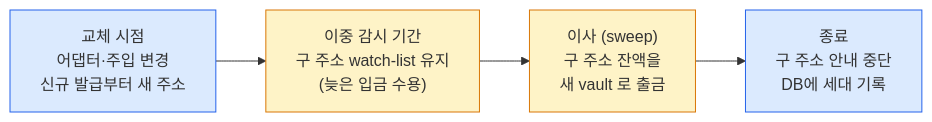
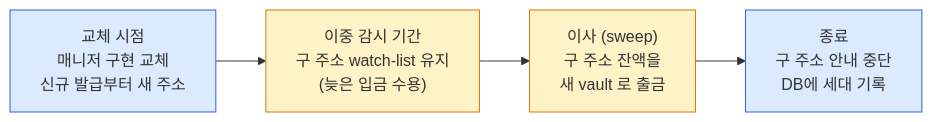
One commit to eunsujeo/eunpus changed the second of 4 diagrams in blockchain-manager/docs/설계/09-switch-extend.md. Above: the diagram before and after it, drawn with Mermaid. The commit also changed other lines of this file and 10 other files, not shown here.

First line of the commit message:
칸반 문서: 아키텍처 경계 전면 전환 — 포트/어댑터 → 매니저 API + 웹소켓

````diff
--- a/blockchain-manager/docs/설계/09-switch-extend.md
+++ b/blockchain-manager/docs/설계/09-switch-extend.md
@@ -59,10 +61,10 @@
 ```mermaid
 flowchart LR
-    A["교체 시점<br/>어댑터·주입 변경<br/>신규 발급부터 새 주소"] --> B["이중 감시 기간<br/>구 주소 watch-list 유지<br/>(늦은 입금 수용)"]
+    A["교체 시점<br/>매니저 구현 교체<br/>신규 발급부터 새 주소"] --> B["이중 감시 기간<br/>구 주소 watch-list 유지<br/>(늦은 입금 수용)"]
     B --> C["이사 (sweep)<br/>구 주소 잔액을<br/>새 vault 로 출금"]
     C --> D["종료<br/>구 주소 안내 중단<br/>DB에 세대 기록"]
 
     classDef step fill:#dbeafe,stroke:#2563eb;
     classDef warn fill:#fef3c7,stroke:#d97706;
     class A,D step; class B,C warn;
 ```
````
